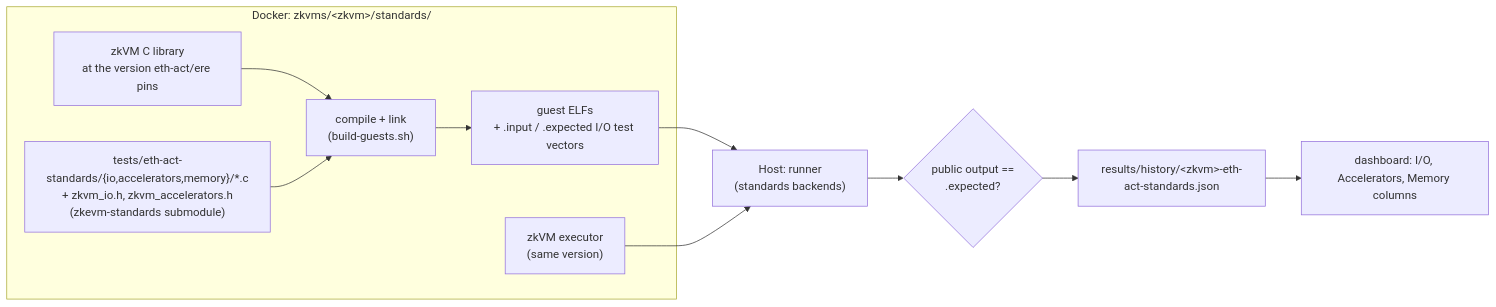
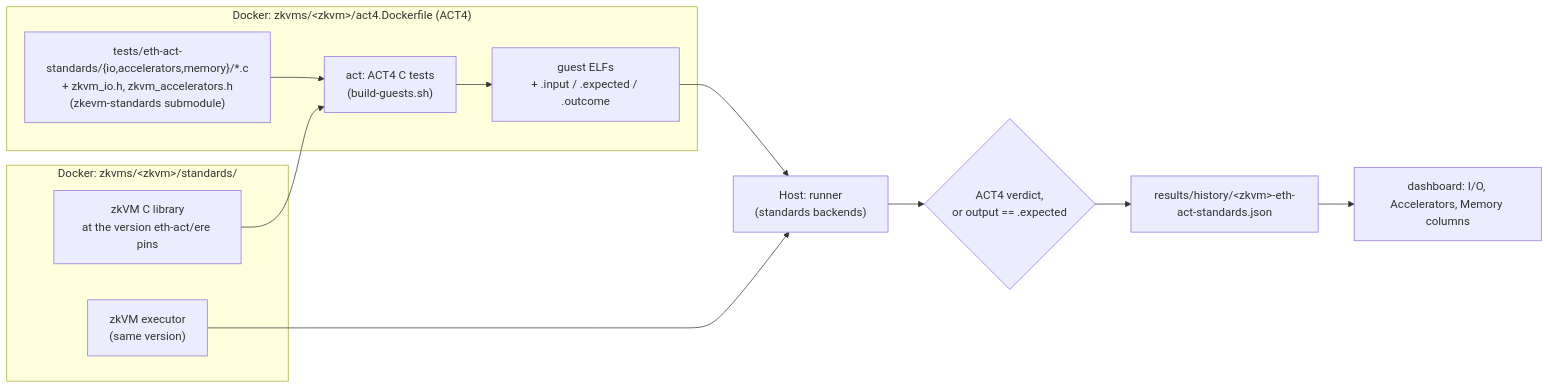
Before and after one commit to eth-act/zkevm-test-monitor: the second of 2 diagrams in README.md, drawn with Mermaid. The commit also changed other lines of this file and 1 other file, not shown here.

Commit message:
docs: describe the ACT4 C-test build of the eth-act standards tests

````diff
--- a/README.md
+++ b/README.md
@@ -46,14 +46,17 @@
 ```mermaid
 flowchart LR
-    subgraph docker["Docker: zkvms/&lt;zkvm&gt;/standards/"]
-        vendor["zkVM C library<br/>at the version eth-act/ere pins"] --> link["compile + link<br/>(build-guests.sh)"]
-        src["tests/eth-act-standards/{io,accelerators,memory}/*.c<br/>+ zkvm_io.h, zkvm_accelerators.h<br/>(zkevm-standards submodule)"] --> link
-        link --> elfs["guest ELFs<br/>+ .input / .expected I/O test vectors"]
+    subgraph image["Docker: zkvms/&lt;zkvm&gt;/standards/"]
+        vendor["zkVM C library<br/>at the version eth-act/ere pins"]
         exe["zkVM executor<br/>(same version)"]
     end
+    subgraph act["Docker: zkvms/&lt;zkvm&gt;/act4.Dockerfile (ACT4)"]
+        src["tests/eth-act-standards/{io,accelerators,memory}/*.c<br/>+ zkvm_io.h, zkvm_accelerators.h<br/>(zkevm-standards submodule)"] --> build["act: ACT4 C tests<br/>(build-guests.sh)"]
+        build --> elfs["guest ELFs<br/>+ .input / .expected / .outcome"]
+    end
+    vendor --> build
     elfs --> runner["Host: runner<br/>(standards backends)"]
     exe --> runner
-    runner --> verdict{"public output ==<br/>.expected?"}
+    runner --> verdict{"ACT4 verdict,<br/>or output == .expected"}
     verdict --> hist["results/history/&lt;zkvm&gt;-eth-act-standards.json"]
     hist --> dash["dashboard: I/O, Accelerators, Memory columns"]
 ```
````
